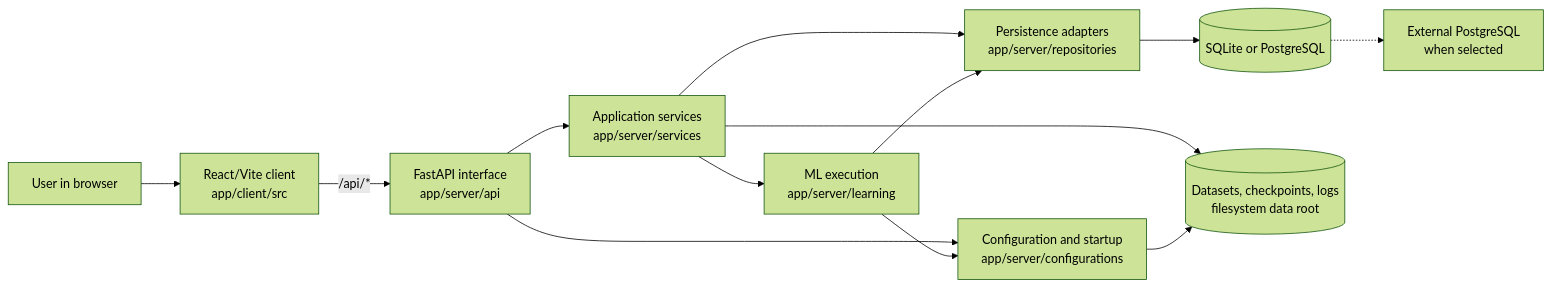
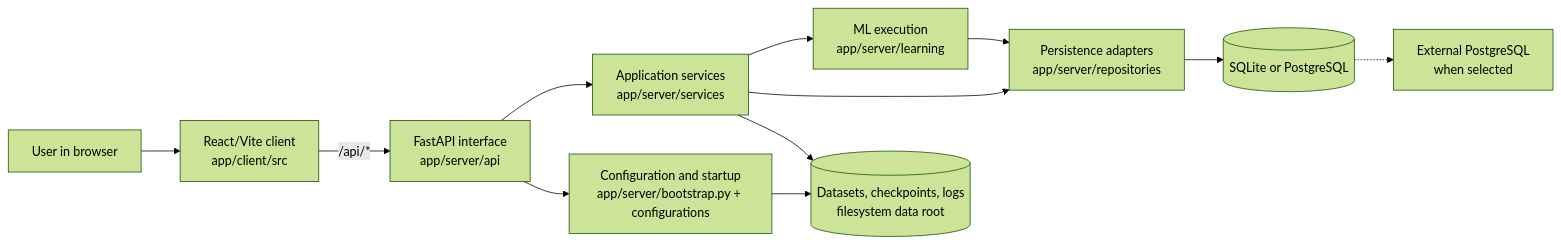
Before and after one commit to CTCycle/FAIRS-Roulette-Player: the diagram in assets/docs/architecture/system_overview.md, drawn with Mermaid (forest theme). The commit also changed other lines of this file and 50 other files, not shown here.

Commit message:
refactor: remediate architecture findings

````diff
--- a/assets/docs/architecture/system_overview.md
+++ b/assets/docs/architecture/system_overview.md
@@ -11,26 +11,25 @@
 ```mermaid
 flowchart LR
     User[User in browser]
     Client[React/Vite client\napp/client/src]
     API[FastAPI interface\napp/server/api]
     Services[Application services\napp/server/services]
     Learning[ML execution\napp/server/learning]
     Repos[Persistence adapters\napp/server/repositories]
     DB[(SQLite or PostgreSQL)]
     Files[(Datasets, checkpoints, logs\nfilesystem data root)]
-    Config[Configuration and startup\napp/server/configurations]
+    Config[Configuration and startup\napp/server/bootstrap.py + configurations]
     External[External PostgreSQL\nwhen selected]
 
     User --> Client
     Client -->|/api/*| API
     API --> Services
     API --> Config
     Services --> Learning
     Services --> Repos
     Services --> Files
     Learning --> Repos
-    Learning --> Config
     Repos --> DB
     DB -.-> External
     Config --> Files
 ```
````
